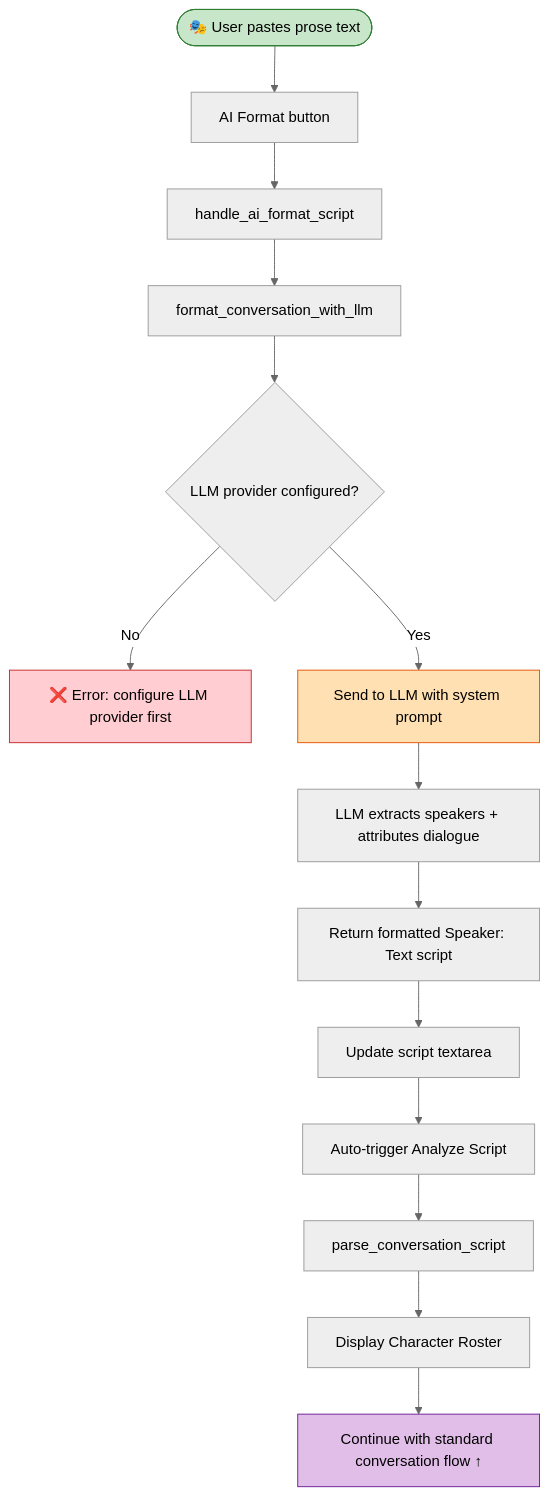
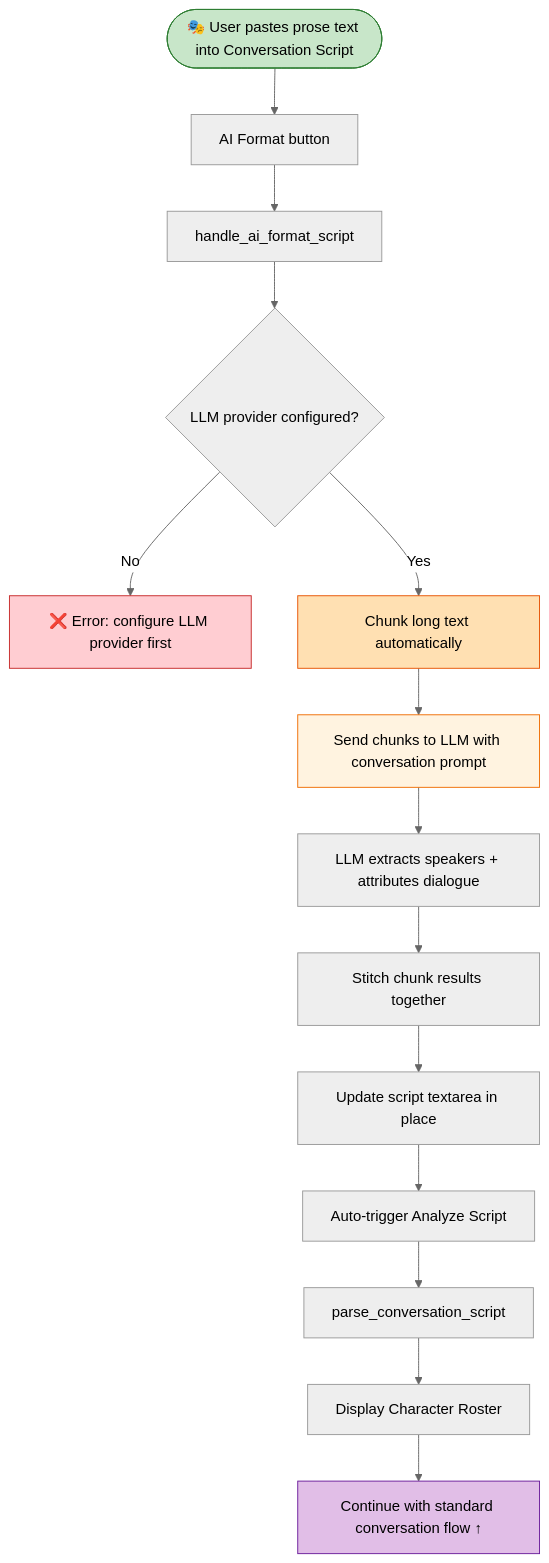
One commit to WisdomTailor/Ultimate-TTS-Studio changed the third of 8 diagrams in Docs/WORKFLOWS.md. Above: the diagram before and after it, drawn with Mermaid (neutral theme). The commit also changed other lines of this file and 4 other files, not shown here.

First line of the commit message:
docs(conversation): clarify AI Format workflow

````diff
--- a/Docs/WORKFLOWS.md
+++ b/Docs/WORKFLOWS.md
@@ -1034,22 +1035,23 @@
 ```mermaid
 flowchart TD
-    A([🎭 User pastes prose text]) --> B[AI Format button]
+  A([🎭 User pastes prose text into Conversation Script]) --> B[AI Format button]
     B --> C[handle_ai_format_script]
-    C --> D[format_conversation_with_llm]
-    D --> E{LLM provider configured?}
+  C --> D{LLM provider configured?}
 
-    E -- No --> F["❌ Error: configure LLM provider first"]
-    E -- Yes --> G[Send to LLM with system prompt]
-    G --> H[LLM extracts speakers + attributes dialogue]
-    H --> I[Return formatted Speaker: Text script]
-    I --> J[Update script textarea]
-    J --> K[Auto-trigger Analyze Script]
-    K --> L[parse_conversation_script]
-    L --> M[Display Character Roster]
-    M --> N["Continue with standard conversation flow ↑"]
+  D -- No --> E["❌ Error: configure LLM provider first"]
+  D -- Yes --> F[Chunk long text automatically]
+  F --> G[Send chunks to LLM with conversation prompt]
+  G --> H[LLM extracts speakers + attributes dialogue]
+  H --> I[Stitch chunk results together]
+  I --> J[Update script textarea in place]
+  J --> K[Auto-trigger Analyze Script]
+  K --> L[parse_conversation_script]
+  L --> M[Display Character Roster]
+  M --> N["Continue with standard conversation flow ↑"]
 
     style A fill:#c8e6c9,stroke:#2e7d32
-    style F fill:#ffcdd2,stroke:#c62828
-    style G fill:#ffe0b2,stroke:#e65100
+  style E fill:#ffcdd2,stroke:#c62828
+  style F fill:#ffe0b2,stroke:#e65100
+  style G fill:#fff3e0,stroke:#ef6c00
     style N fill:#e1bee7,stroke:#6a1b9a
 ```
````
